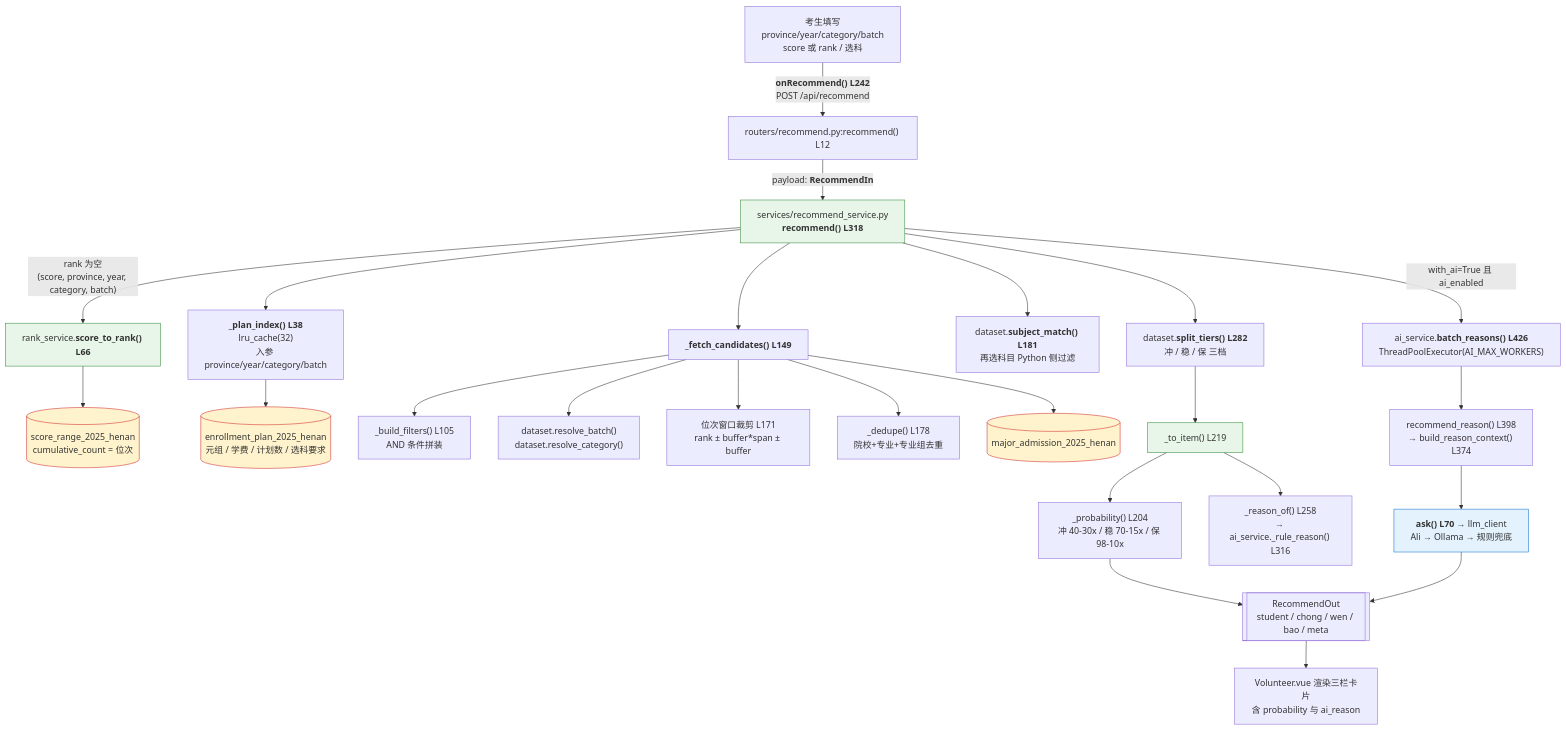
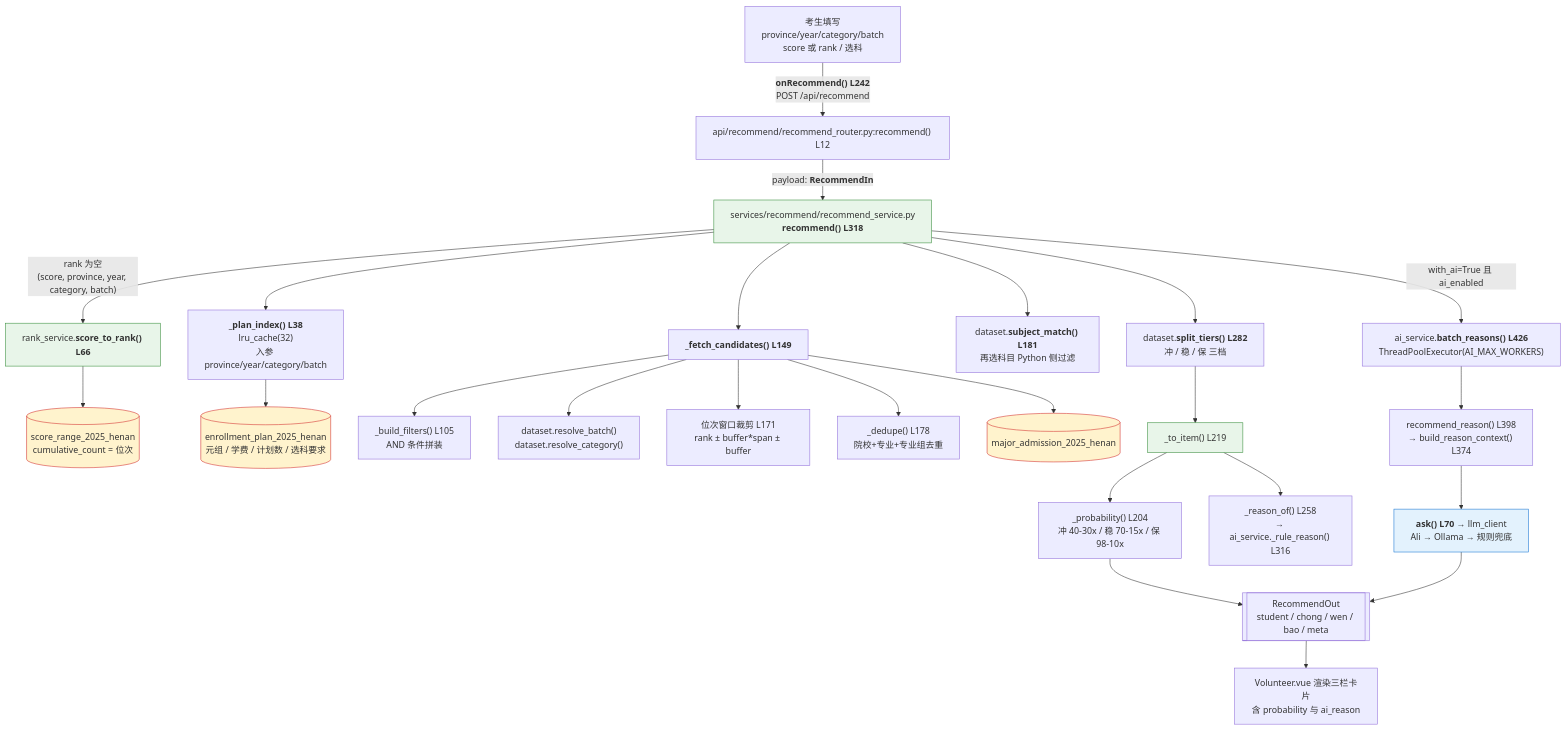
Before and after one commit to TS-DE/college-application-process: the first of 12 diagrams in README.md, drawn with Mermaid. The commit also changed other lines of this file and 1 other file, not shown here.

Commit message:
docs: 0.17.0 更新 CHANGELOG 与 README 目录结构（api/services/tests 三层）

````diff
--- a/README.md
+++ b/README.md
@@ -271,41 +307,41 @@
 ```mermaid
 graph TD
-    A["考生填写<br/>province/year/category/batch<br/>score 或 rank / 选科"] -->|"<b>onRecommend() L242</b><br/>POST /api/recommend"| B["routers/recommend.py:recommend() L12"]
+    A["考生填写<br/>province/year/category/batch<br/>score 或 rank / 选科"] -->|"<b>onRecommend() L242</b><br/>POST /api/recommend"| B["api/recommend/recommend_router.py:recommend() L12"]
 
-    B -->|"payload: <b>RecommendIn</b>"| C["services/recommend_service.py<br/><b>recommend() L318</b>"]
+    B -->|"payload: <b>RecommendIn</b>"| C["services/recommend/recommend_service.py<br/><b>recommend() L318</b>"]
 
     C -->|"rank 为空<br/>(score, province, year, category, batch)"| D["rank_service.<b>score_to_rank() L66</b>"]
     D --> D1[("score_range_2025_henan<br/>cumulative_count = 位次")]
 
     C --> E["<b>_plan_index() L38</b><br/>lru_cache(32)<br/>入参 province/year/category/batch"]
     E --> E1[("enrollment_plan_2025_henan<br/>元组 / 学费 / 计划数 / 选科要求")]
 
     C --> F["<b>_fetch_candidates() L149</b>"]
     F --> F1["_build_filters() L105<br/>AND 条件拼装"]
     F --> F2["dataset.resolve_batch()<br/>dataset.resolve_category()"]
     F --> F3["位次窗口裁剪 L171<br/>rank ± buffer*span ± buffer"]
     F --> F4["_dedupe() L178<br/>院校+专业+专业组去重"]
     F --> F5[("major_admission_2025_henan")]
 
     C --> G["dataset.<b>subject_match() L181</b><br/>再选科目 Python 侧过滤"]
     C --> H["dataset.<b>split_tiers() L282</b><br/>冲 / 稳 / 保 三档"]
     H --> I["_to_item() L219"]
     I --> I1["_probability() L204<br/>冲 40-30x / 稳 70-15x / 保 98-10x"]
     I --> I2["_reason_of() L258<br/>→ ai_service._rule_reason() L316"]
 
     C -->|"with_ai=True 且 ai_enabled"| J["ai_service.<b>batch_reasons() L426</b><br/>ThreadPoolExecutor(AI_MAX_WORKERS)"]
     J --> J1["recommend_reason() L398<br/>→ build_reason_context() L374"]
     J1 --> J2["<b>ask() L70</b> → llm_client<br/>Ali → Ollama → 规则兜底"]
 
     I1 --> K[["RecommendOut<br/>student / chong / wen / bao / meta"]]
     J2 --> K
     K --> L["Volunteer.vue 渲染三栏卡片<br/>含 probability 与 ai_reason"]
 
     style C fill:#e8f5e9,stroke:#388e3c
     style D fill:#e8f5e9,stroke:#388e3c
     style I fill:#e8f5e9,stroke:#388e3c
     style J2 fill:#e3f2fd,stroke:#1976d2
     style D1 fill:#fff3cd,stroke:#d32f2f
     style F5 fill:#fff3cd,stroke:#d32f2f
     style E1 fill:#fff3cd,stroke:#d32f2f
 ```
````
